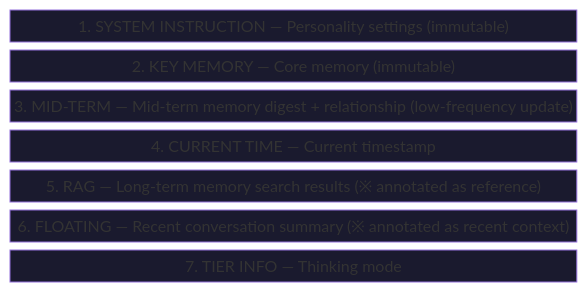
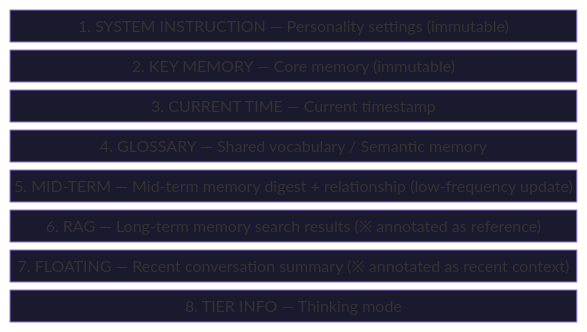
The second of 7 diagrams in docs/DIAGRAMS.md (unagisann/Butly), drawn with Mermaid before and after one commit. The commit also changed other lines of this file and 19 other files, not shown here.

````diff
--- a/docs/DIAGRAMS.md
+++ b/docs/DIAGRAMS.md
@@ -39,19 +39,21 @@
 ```mermaid
 block-beta
     columns 1
     A["1. SYSTEM INSTRUCTION — Personality settings (immutable)"]
     B["2. KEY MEMORY — Core memory (immutable)"]
-    C["3. MID-TERM — Mid-term memory digest + relationship (low-frequency update)"]
-    D["4. CURRENT TIME — Current timestamp"]
-    E["5. RAG — Long-term memory search results (※ annotated as reference)"]
-    F["6. FLOATING — Recent conversation summary (※ annotated as recent context)"]
-    G["7. TIER INFO — Thinking mode"]
+    C["3. CURRENT TIME — Current timestamp"]
+    D["4. GLOSSARY — Shared vocabulary / Semantic memory"]
+    E["5. MID-TERM — Mid-term memory digest + relationship (low-frequency update)"]
+    F["6. RAG — Long-term memory search results (※ annotated as reference)"]
+    G["7. FLOATING — Recent conversation summary (※ annotated as recent context)"]
+    H["8. TIER INFO — Thinking mode"]
 
     style A fill:#1a1a2e,color:#ec4899
     style B fill:#1a1a2e,color:#f59e0b
-    style C fill:#1a1a2e,color:#10b981
-    style D fill:#1a1a2e,color:#8899aa
-    style E fill:#1a1a2e,color:#ef4444
-    style F fill:#1a1a2e,color:#3b82f6
-    style G fill:#1a1a2e,color:#556677
+    style C fill:#1a1a2e,color:#8899aa
+    style D fill:#1a1a2e,color:#a78bfa
+    style E fill:#1a1a2e,color:#10b981
+    style F fill:#1a1a2e,color:#ef4444
+    style G fill:#1a1a2e,color:#3b82f6
+    style H fill:#1a1a2e,color:#556677
 ```
````
